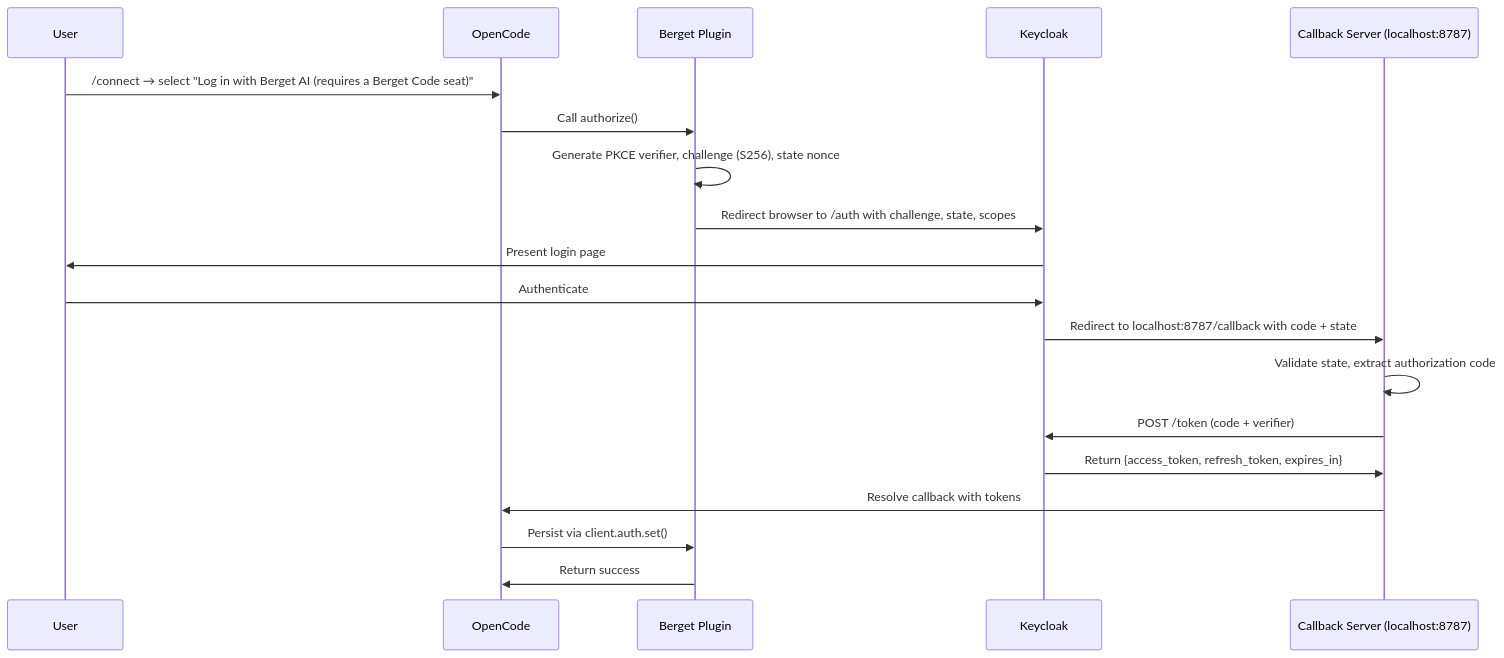
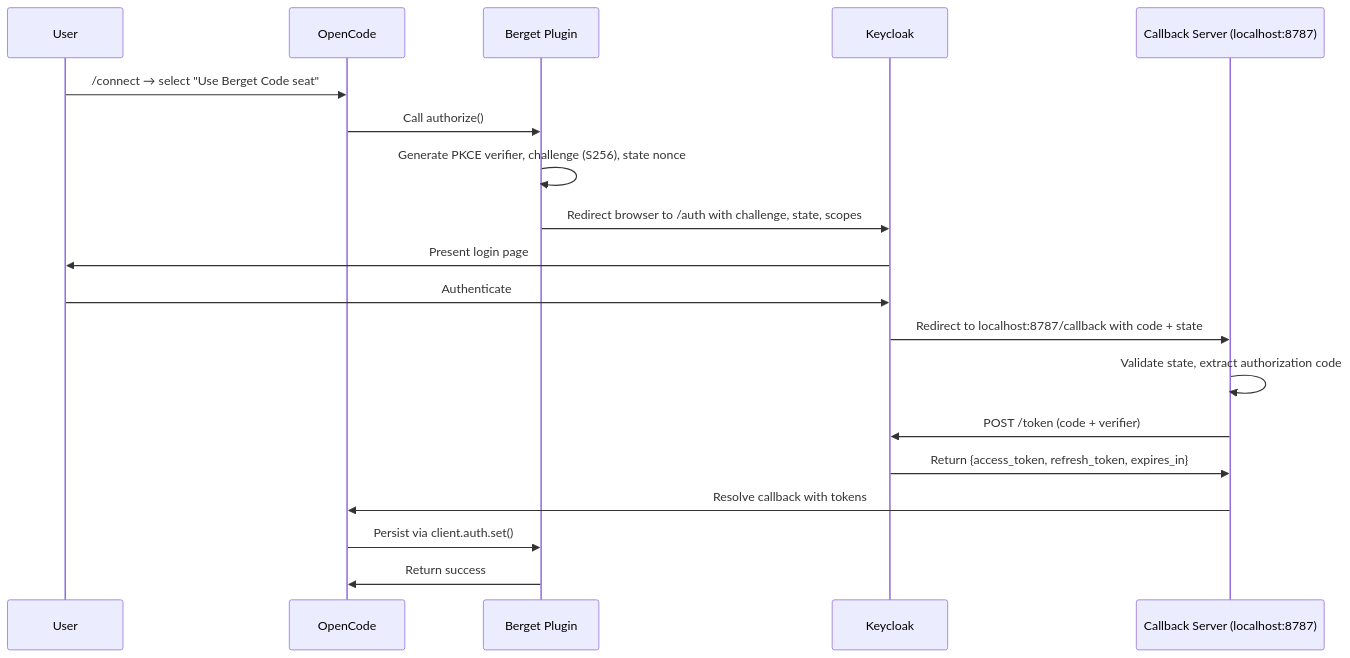
The first of 3 diagrams in docs/auth.md (berget-ai/opencode-berget-auth), drawn with Mermaid before and after one commit. The commit also changed other lines of this file and 4 other files, not shown here.

````diff
--- a/docs/auth.md
+++ b/docs/auth.md
@@ -86,22 +86,22 @@
 ```mermaid
 sequenceDiagram
     participant U as User
     participant OC as OpenCode
     participant BP as Berget Plugin
     participant K as Keycloak
     participant CB as Callback Server (localhost:8787)
 
-    U->>OC: /connect → select "Log in with Berget AI (requires a Berget Code seat)"
+    U->>OC: /connect → select "Use Berget Code seat"
     OC->>BP: Call authorize()
     BP->>BP: Generate PKCE verifier, challenge (S256), state nonce
     BP->>K: Redirect browser to /auth with challenge, state, scopes
     K->>U: Present login page
     U->>K: Authenticate
     K->>CB: Redirect to localhost:8787/callback with code + state
     CB->>CB: Validate state, extract authorization code
     CB->>K: POST /token (code + verifier)
     K->>CB: Return {access_token, refresh_token, expires_in}
     CB->>OC: Resolve callback with tokens
     OC->>BP: Persist via client.auth.set()
     BP->>OC: Return success
 ```
````
